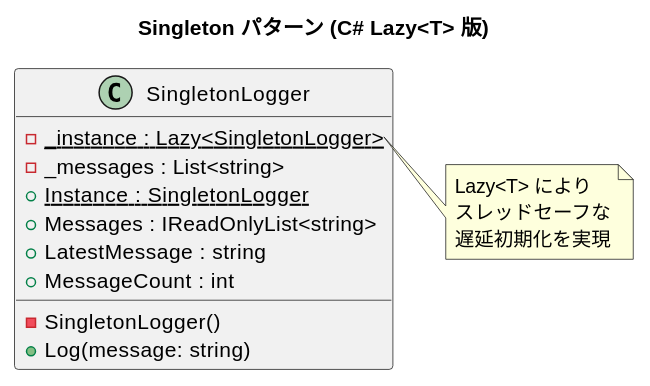
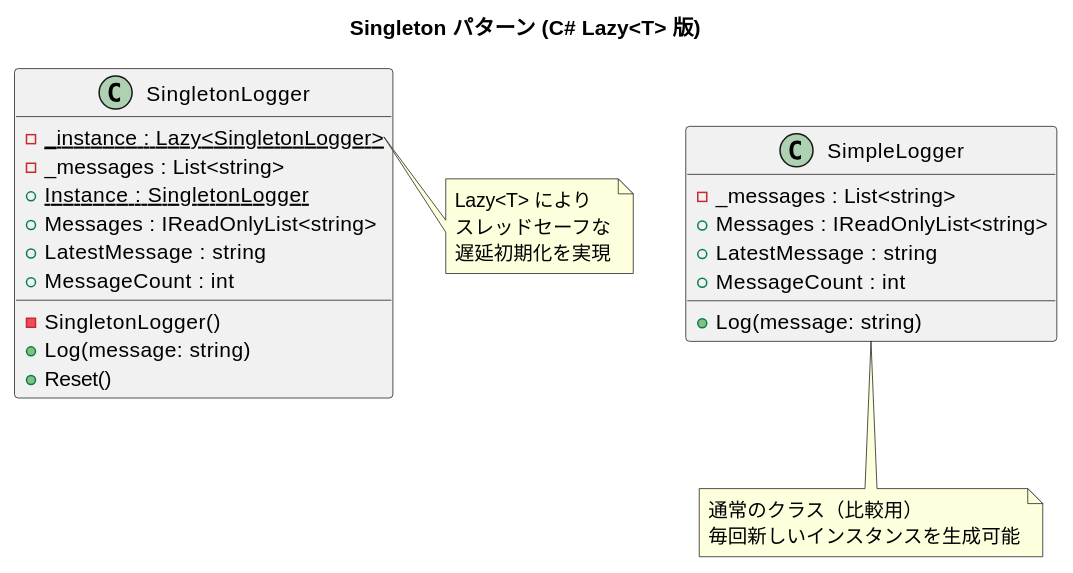
One commit to k2works/getting-started-design-pattern changed the diagram in docs/article/csharp/13-singleton.md. Above: the diagram before and after it, drawn with PlantUML. The commit also changed other lines of this file and 7 other files, not shown here.

````diff
--- a/docs/article/csharp/13-singleton.md
+++ b/docs/article/csharp/13-singleton.md
@@ -13,22 +13,36 @@
 ```plantuml
 @startuml
 title Singleton パターン (C# Lazy<T> 版)
+
+class SimpleLogger {
+  - _messages : List<string>
+  + Log(message: string)
+  + Messages : IReadOnlyList<string>
+  + LatestMessage : string
+  + MessageCount : int
+}
 
 class SingletonLogger {
   - {static} _instance : Lazy<SingletonLogger>
   - _messages : List<string>
   - SingletonLogger()
   + {static} Instance : SingletonLogger
   + Log(message: string)
   + Messages : IReadOnlyList<string>
   + LatestMessage : string
   + MessageCount : int
+  + Reset()
 }
 
 note right of SingletonLogger::_instance
   Lazy<T> により
   スレッドセーフな
   遅延初期化を実現
 end note
+
+note bottom of SimpleLogger
+  通常のクラス（比較用）
+  毎回新しいインスタンスを生成可能
+end note
 @enduml
 ```
````
